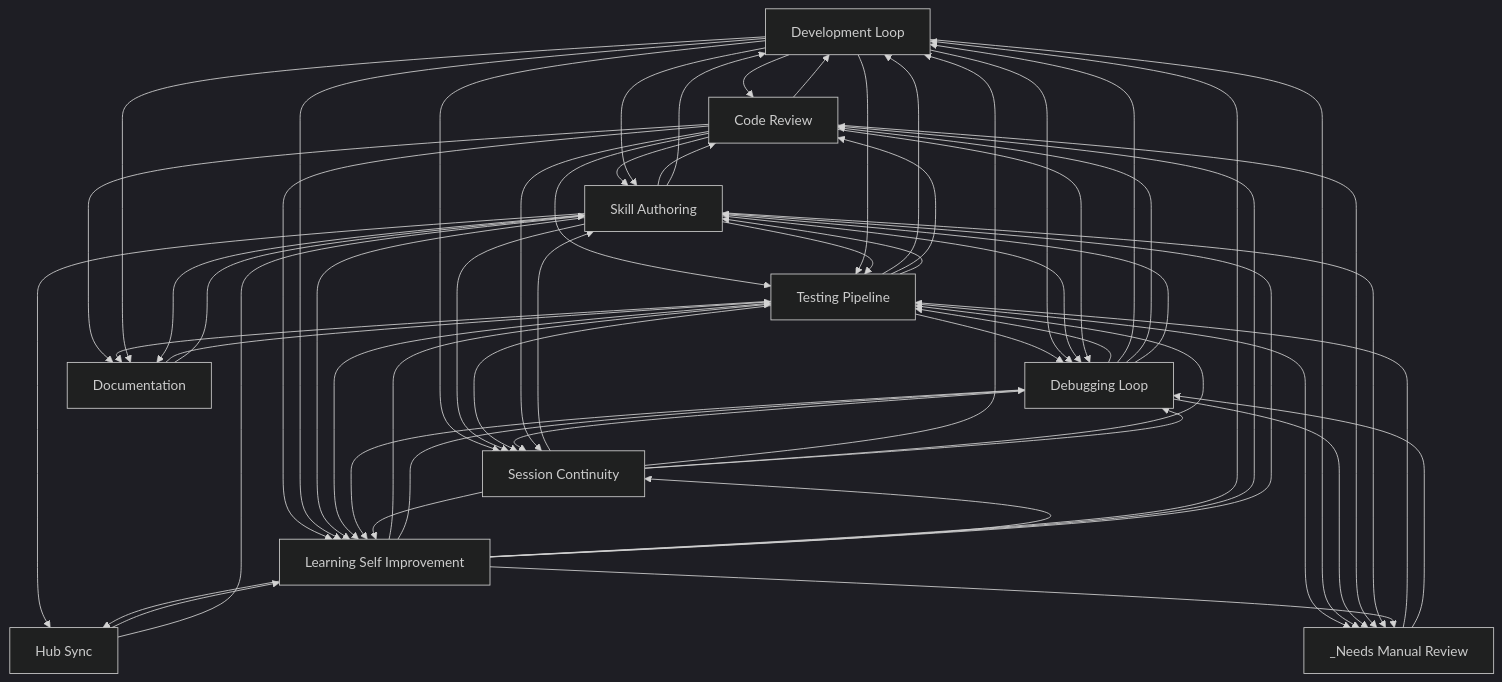
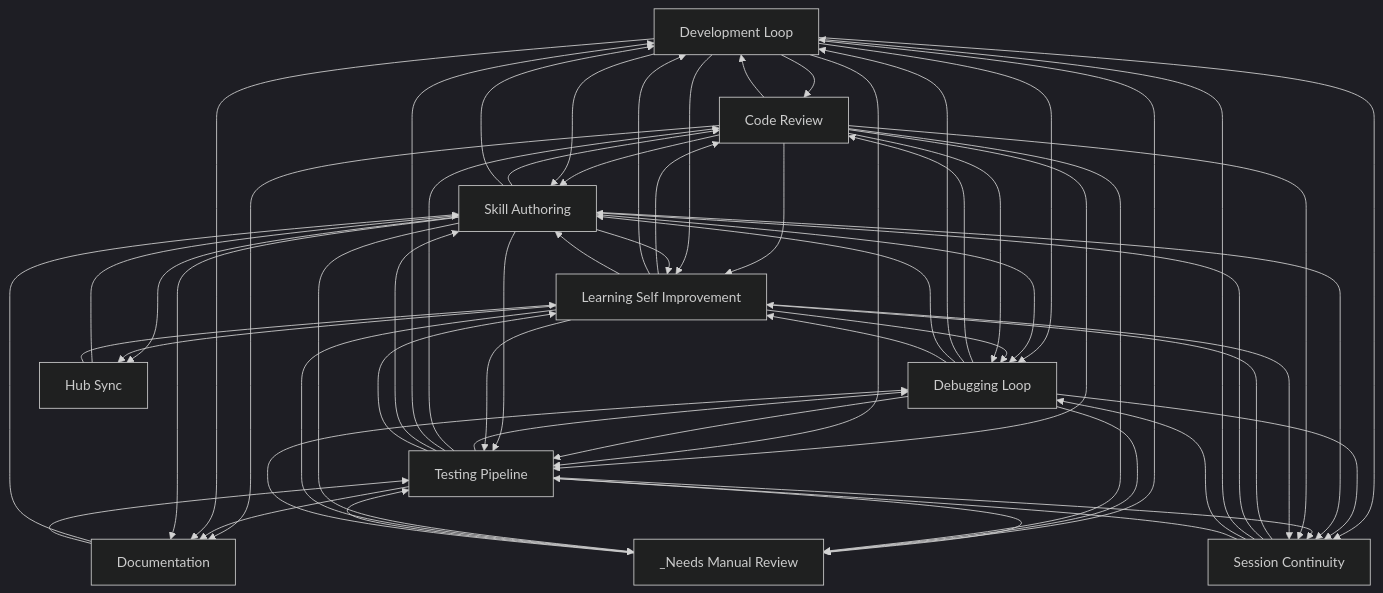
The diagram in docs/workflows/INDEX.md (abhayla/claude-best-practices), drawn with Mermaid (dark theme) before and after one commit. The commit also changed other lines of this file and 12 other files, not shown here.

````diff
--- a/docs/workflows/INDEX.md
+++ b/docs/workflows/INDEX.md
@@ -22,72 +22,72 @@
 ```mermaid
 graph TD
     development_loop[Development Loop]
     testing_pipeline[Testing Pipeline]
     debugging_loop[Debugging Loop]
     learning_self_improvement[Learning Self Improvement]
     session_continuity[Session Continuity]
     skill_authoring[Skill Authoring]
     code_review[Code Review]
     documentation[Documentation]
     hub_sync[Hub Sync]
     _needs_manual_review[_Needs Manual Review]
+    documentation --> skill_authoring
     documentation --> testing_pipeline
-    documentation --> skill_authoring
     code_review --> skill_authoring
     code_review --> development_loop
     development_loop --> code_review
     development_loop --> skill_authoring
+    code_review --> learning_self_improvement
     code_review --> testing_pipeline
-    code_review --> learning_self_improvement
+    development_loop --> learning_self_improvement
     development_loop --> testing_pipeline
-    development_loop --> learning_self_improvement
     testing_pipeline --> debugging_loop
+    testing_pipeline --> code_review
     testing_pipeline --> development_loop
-    testing_pipeline --> code_review
     testing_pipeline --> skill_authoring
+    debugging_loop --> code_review
+    debugging_loop --> development_loop
+    debugging_loop --> skill_authoring
     debugging_loop --> testing_pipeline
-    debugging_loop --> development_loop
-    debugging_loop --> code_review
-    debugging_loop --> skill_authoring
     development_loop --> debugging_loop
     skill_authoring --> code_review
     skill_authoring --> development_loop
+    skill_authoring --> learning_self_improvement
     skill_authoring --> testing_pipeline
-    skill_authoring --> learning_self_improvement
     testing_pipeline --> _needs_manual_review
     development_loop --> _needs_manual_review
     code_review --> documentation
     testing_pipeline --> documentation
     development_loop --> documentation
+    session_continuity --> learning_self_improvement
     development_loop --> session_continuity
     _needs_manual_review --> testing_pipeline
+    debugging_loop --> session_continuity
     skill_authoring --> session_continuity
     testing_pipeline --> session_continuity
-    debugging_loop --> session_continuity
     skill_authoring --> debugging_loop
     _needs_manual_review --> debugging_loop
+    debugging_loop --> learning_self_improvement
     testing_pipeline --> learning_self_improvement
-    debugging_loop --> learning_self_improvement
+    learning_self_improvement --> debugging_loop
+    learning_self_improvement --> code_review
+    learning_self_improvement --> development_loop
+    learning_self_improvement --> skill_authoring
     learning_self_improvement --> testing_pipeline
-    learning_self_improvement --> debugging_loop
-    learning_self_improvement --> development_loop
-    learning_self_improvement --> code_review
-    learning_self_improvement --> skill_authoring
     code_review --> debugging_loop
     debugging_loop --> _needs_manual_review
     code_review --> _needs_manual_review
     skill_authoring --> _needs_manual_review
     code_review --> session_continuity
     learning_self_improvement --> session_continuity
-    session_continuity --> learning_self_improvement
     session_continuity --> skill_authoring
     session_continuity --> development_loop
+    session_continuity --> debugging_loop
     session_continuity --> testing_pipeline
-    session_continuity --> debugging_loop
     skill_authoring --> hub_sync
     learning_self_improvement --> hub_sync
     learning_self_improvement --> _needs_manual_review
+    hub_sync --> skill_authoring
     hub_sync --> learning_self_improvement
-    hub_sync --> skill_authoring
     skill_authoring --> documentation
 ```
````
